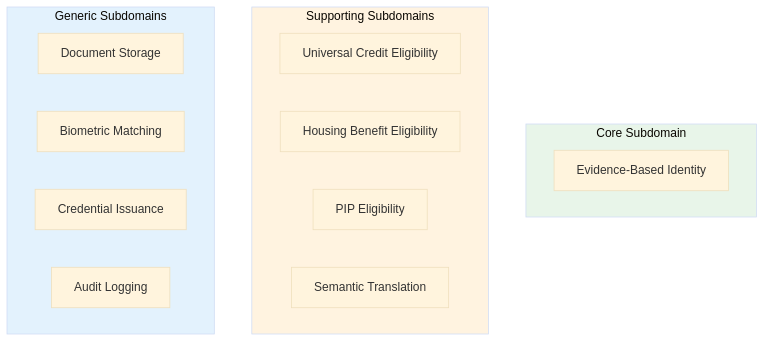
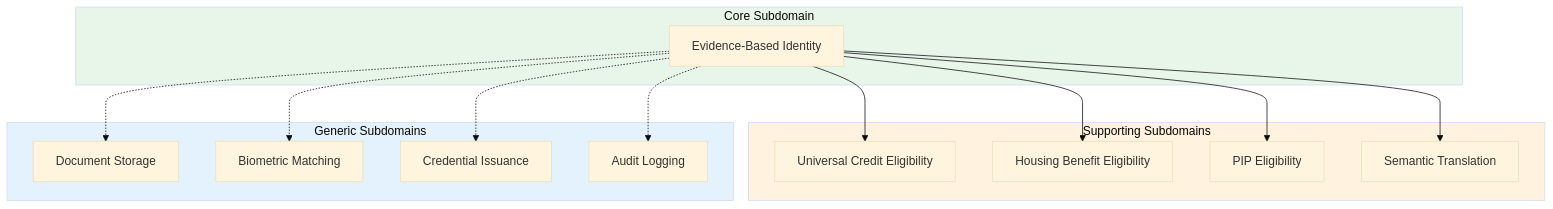
One commit to mrchughes/architecting-modern-government-services changed the third of 5 diagrams in docs/Paper_2_Evidence_Based_Identity.md. Above: the diagram before and after it, drawn with Mermaid (base theme). The commit also changed other lines of this file and 1 other file, not shown here.

Commit message:
Paper 2 §4.1: Add arrows to subdomain diagram
- Core → Supporting (solid): domain dependency
- Core → Generic (dashed): technical dependency
- Added legend explaining arrow types

````diff
--- a/docs/Paper_2_Evidence_Based_Identity.md
+++ b/docs/Paper_2_Evidence_Based_Identity.md
@@ -601,24 +601,34 @@
 ```mermaid
 flowchart TB
     subgraph Core["Core Subdomain"]
         EBI_SD["Evidence-Based Identity"]
     end
     
     subgraph Supporting["Supporting Subdomains"]
         UC_SD["Universal Credit Eligibility"]
         HB_SD["Housing Benefit Eligibility"]
         PIP_SD["PIP Eligibility"]
         SEM_SD["Semantic Translation"]
     end
     
     subgraph Generic["Generic Subdomains"]
         DOC_SD["Document Storage"]
         BIO_SD["Biometric Matching"]
         CRED_SD["Credential Issuance"]
         AUDIT_SD["Audit Logging"]
     end
     
+    EBI_SD --> UC_SD
+    EBI_SD --> HB_SD
+    EBI_SD --> PIP_SD
+    EBI_SD --> SEM_SD
+    
+    EBI_SD -.-> DOC_SD
+    EBI_SD -.-> BIO_SD
+    EBI_SD -.-> CRED_SD
+    EBI_SD -.-> AUDIT_SD
+    
     style Core fill:#e8f5e9
     style Supporting fill:#fff3e0
     style Generic fill:#e3f2fd
 ```
````
